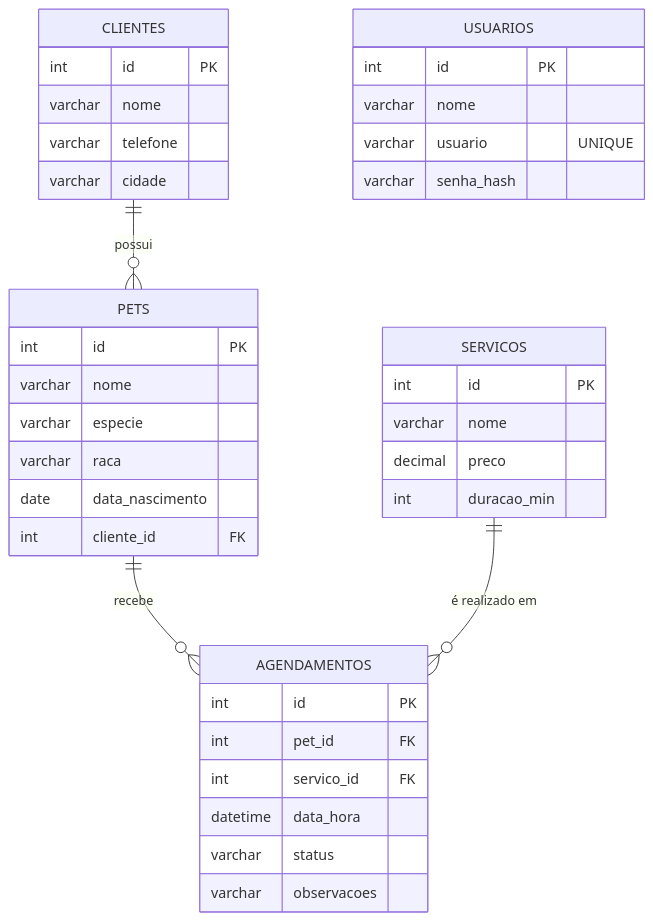
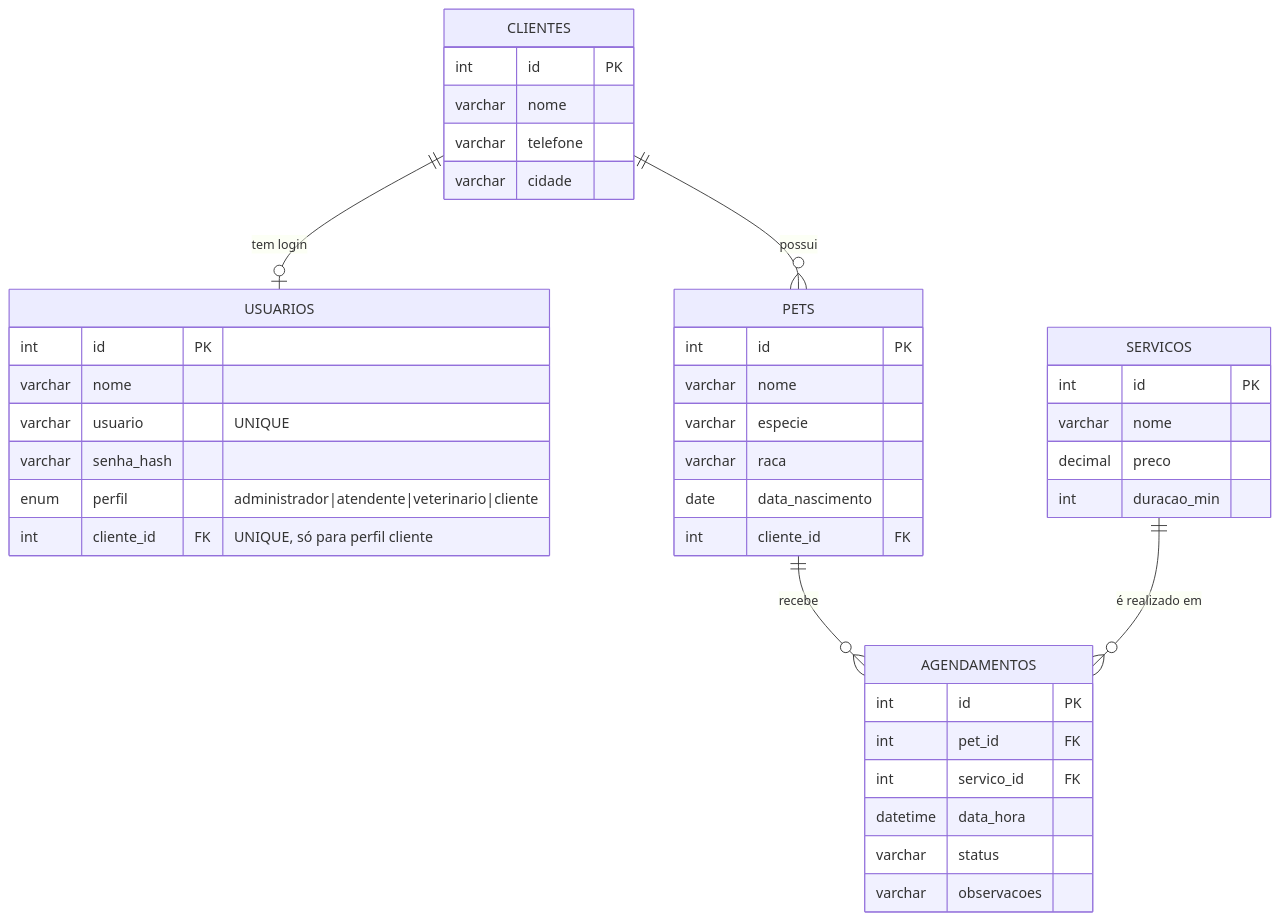
The diagram in docs/DER.md (Shimizin1/PetHub), drawn with Mermaid before and after one commit. The commit also changed other lines of this file and 45 other files, not shown here.

````diff
--- a/docs/DER.md
+++ b/docs/DER.md
@@ -7,41 +7,44 @@
 ```mermaid
 erDiagram
+    CLIENTES ||--o| USUARIOS : "tem login"
     CLIENTES ||--o{ PETS : "possui"
     PETS ||--o{ AGENDAMENTOS : "recebe"
     SERVICOS ||--o{ AGENDAMENTOS : "é realizado em"
 
     USUARIOS {
         int id PK
         varchar nome
         varchar usuario "UNIQUE"
         varchar senha_hash
+        enum perfil "administrador|atendente|veterinario|cliente"
+        int cliente_id FK "UNIQUE, só para perfil cliente"
     }
     CLIENTES {
         int id PK
         varchar nome
         varchar telefone
         varchar cidade
     }
     PETS {
         int id PK
         varchar nome
         varchar especie
         varchar raca
         date data_nascimento
         int cliente_id FK
     }
     SERVICOS {
         int id PK
         varchar nome
         decimal preco
         int duracao_min
     }
     AGENDAMENTOS {
         int id PK
         int pet_id FK
         int servico_id FK
         datetime data_hora
         varchar status
         varchar observacoes
     }
 ```
````
